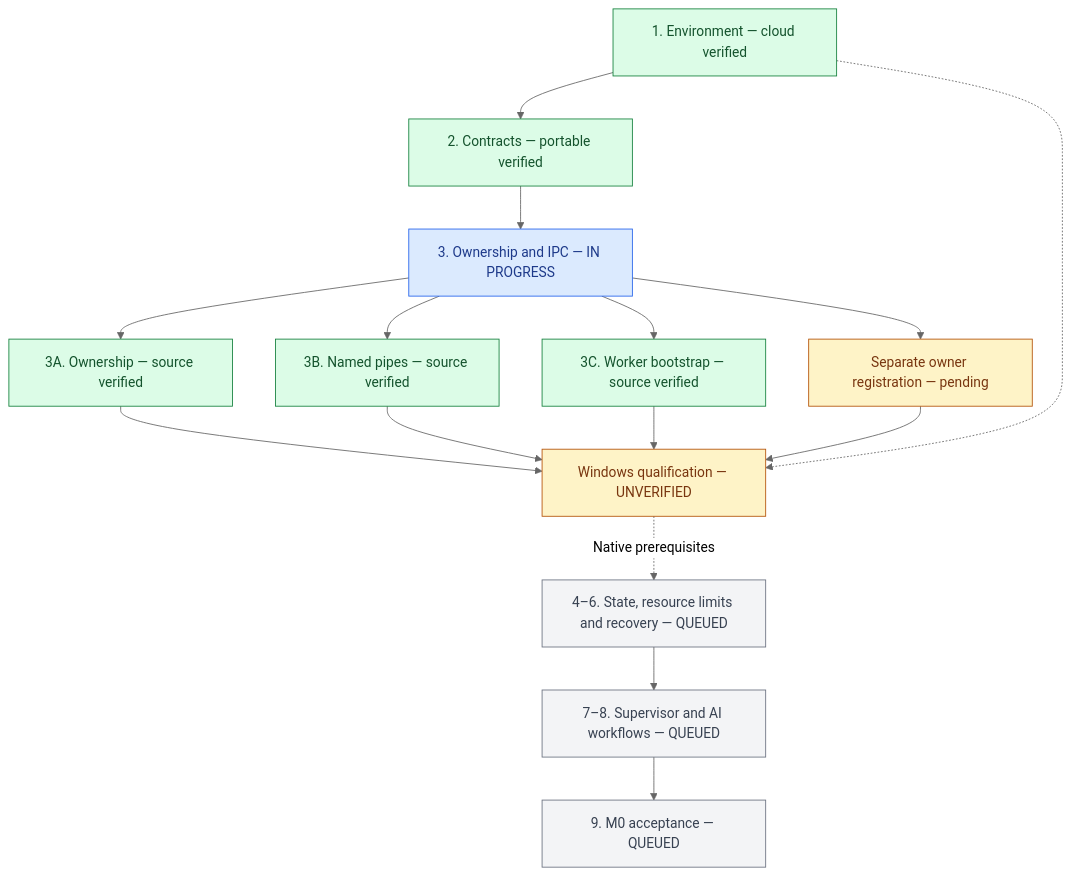
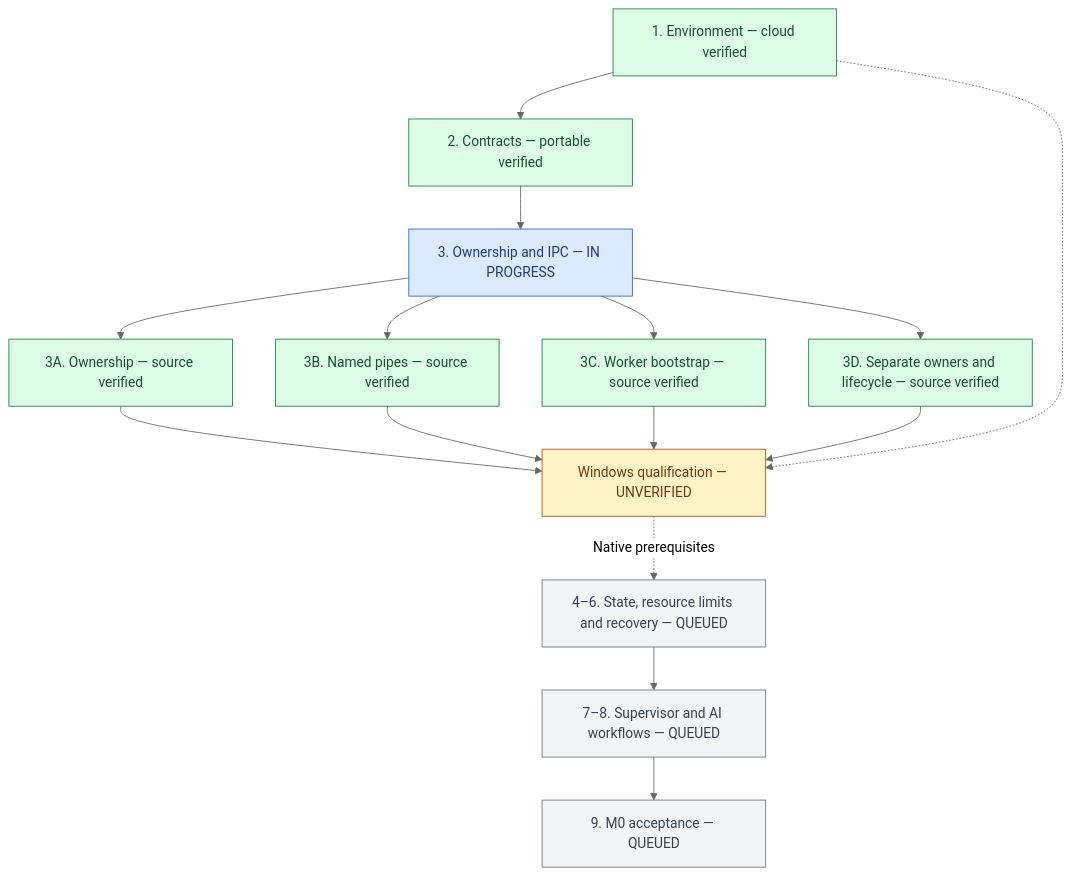
Before and after one commit to BGonnermann/Compertum: the diagram in README.md, drawn with Mermaid (neutral theme). The commit also changed other lines of this file and 20 other files, not shown here.

Commit message:
Add private owner registration and bounded lifecycle fixtures

````diff
--- a/README.md
+++ b/README.md
@@ -9,26 +9,26 @@
 ```mermaid
 flowchart TD
     environment["1. Environment — cloud verified"] --> contracts["2. Contracts — portable verified"]
     contracts --> auth["3. Ownership and IPC — IN PROGRESS"]
     auth --> owners["3A. Ownership — source verified"]
     auth --> pipes["3B. Named pipes — source verified"]
     auth --> bootstrap["3C. Worker bootstrap — source verified"]
-    auth --> enrollment["Separate owner registration — pending"]
+    auth --> enrollment["3D. Separate owners and lifecycle — source verified"]
     owners --> windows["Windows qualification — UNVERIFIED"]
     pipes --> windows
     bootstrap --> windows
     enrollment --> windows
     environment -.-> windows
     windows -. "Native prerequisites" .-> state["4–6. State, resource limits and recovery — QUEUED"]
     state --> runtime["7–8. Supervisor and AI workflows — QUEUED"]
     runtime --> acceptance["9. M0 acceptance — QUEUED"]
 
     classDef verified fill:#dcfce7,stroke:#15803d,color:#14532d
     classDef active fill:#dbeafe,stroke:#2563eb,color:#1e3a8a
     classDef pending fill:#fef3c7,stroke:#b45309,color:#78350f
     classDef queued fill:#f3f4f6,stroke:#6b7280,color:#374151
-    class environment,contracts,owners,pipes,bootstrap verified
+    class environment,contracts,owners,pipes,bootstrap,enrollment verified
     class auth active
-    class enrollment,windows pending
+    class windows pending
     class state,runtime,acceptance queued
 ```
````
